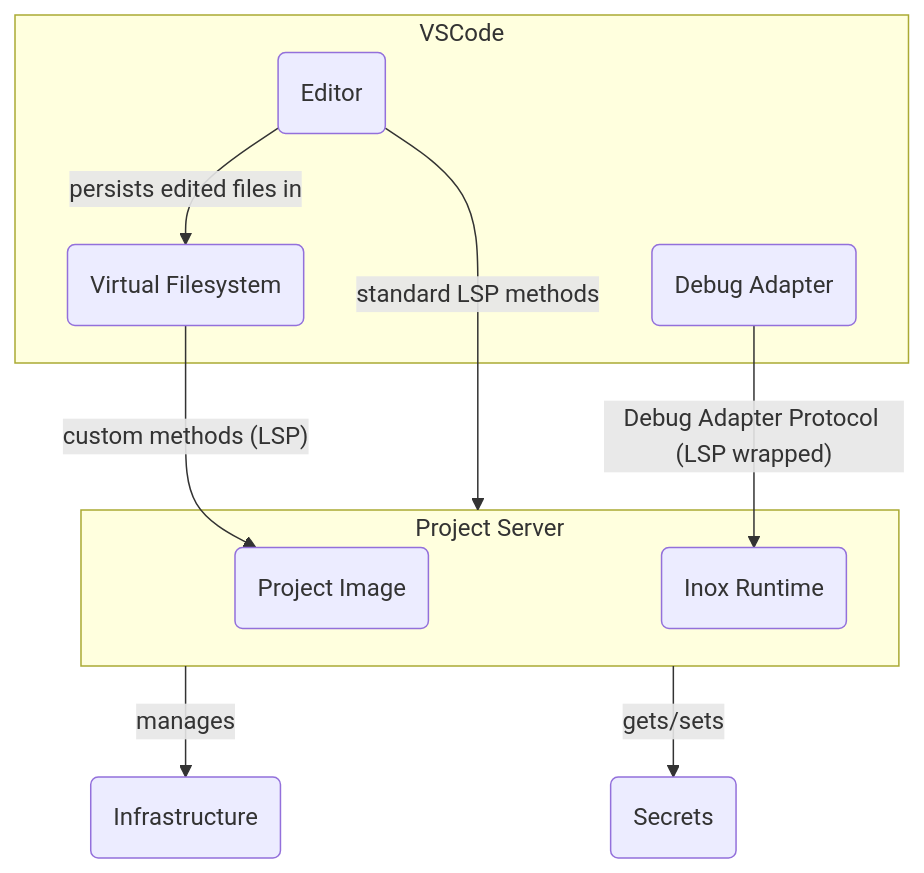
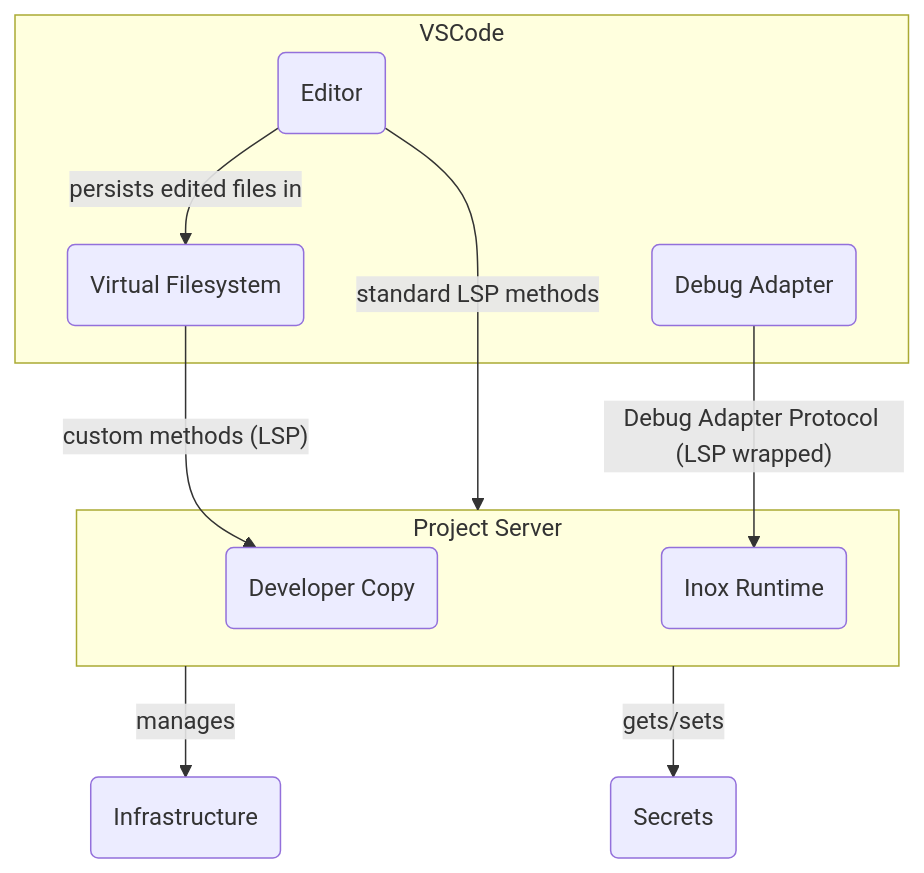
One commit to inoxlang/inox changed the first of 2 diagrams in README.md. Above: the diagram before and after it, drawn with Mermaid. The commit also changed other lines of this file, not shown here.

````diff
--- a/README.md
+++ b/README.md
@@ -145,24 +162,24 @@
 ```mermaid
 flowchart TB
 
 subgraph VSCode
   VSCodeVFS(Virtual Filesystem)
   Editor
   Editor --> |persists edited files in| VSCodeVFS
   DebugAdapter
 end
 
 Editor(Editor) --> |standard LSP methods| ProjectServer
 
-VSCodeVFS --> |"custom methods (LSP)"| ProjImage
+VSCodeVFS --> |"custom methods (LSP)"| DeveloperCopy
 
 DebugAdapter(Debug Adapter) -->|"Debug Adapter Protocol (LSP wrapped)"| Runtime(Inox Runtime)
 
 subgraph ProjectServer[Project Server]
   Runtime
-  ProjImage(Project Image)
+  DeveloperCopy(Developer Copy)
 end
 
 ProjectServer -->|manages| Infrastructure(Infrastructure)
 ProjectServer -->|gets/sets| Secrets(Secrets)
 ```
````
